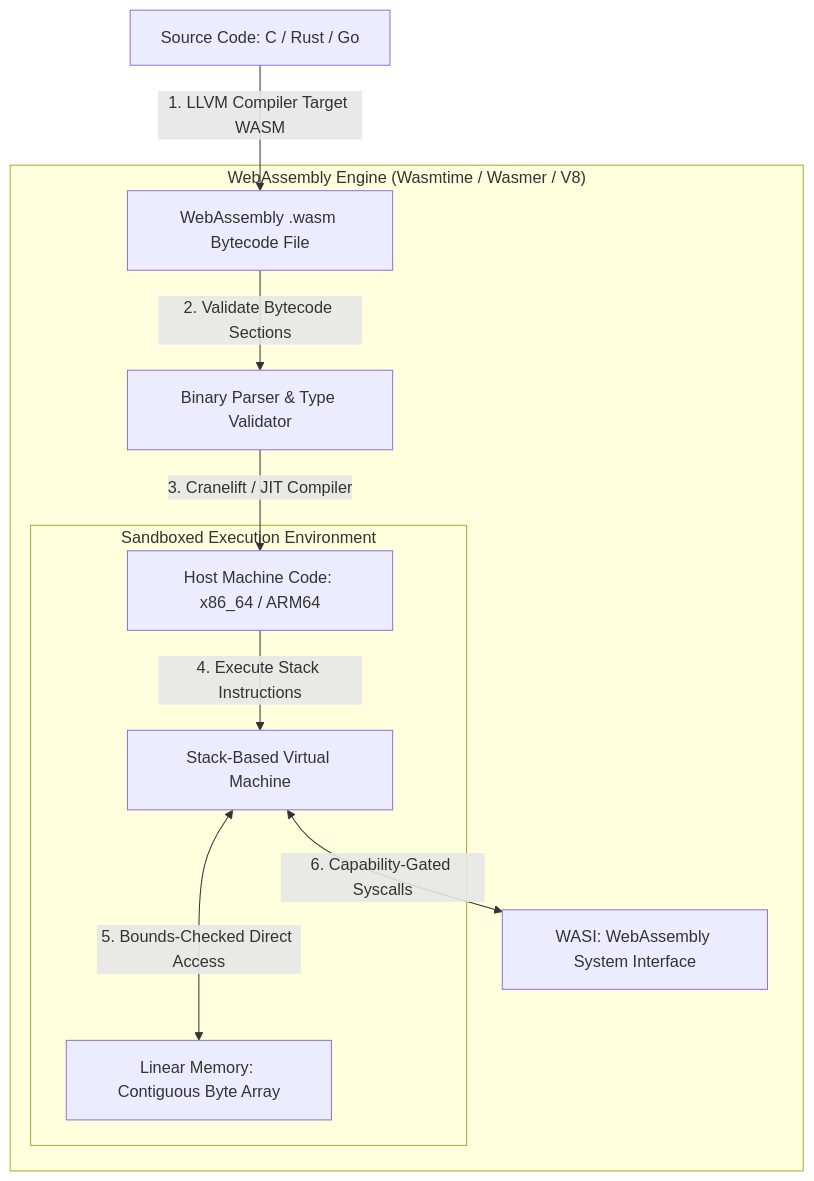
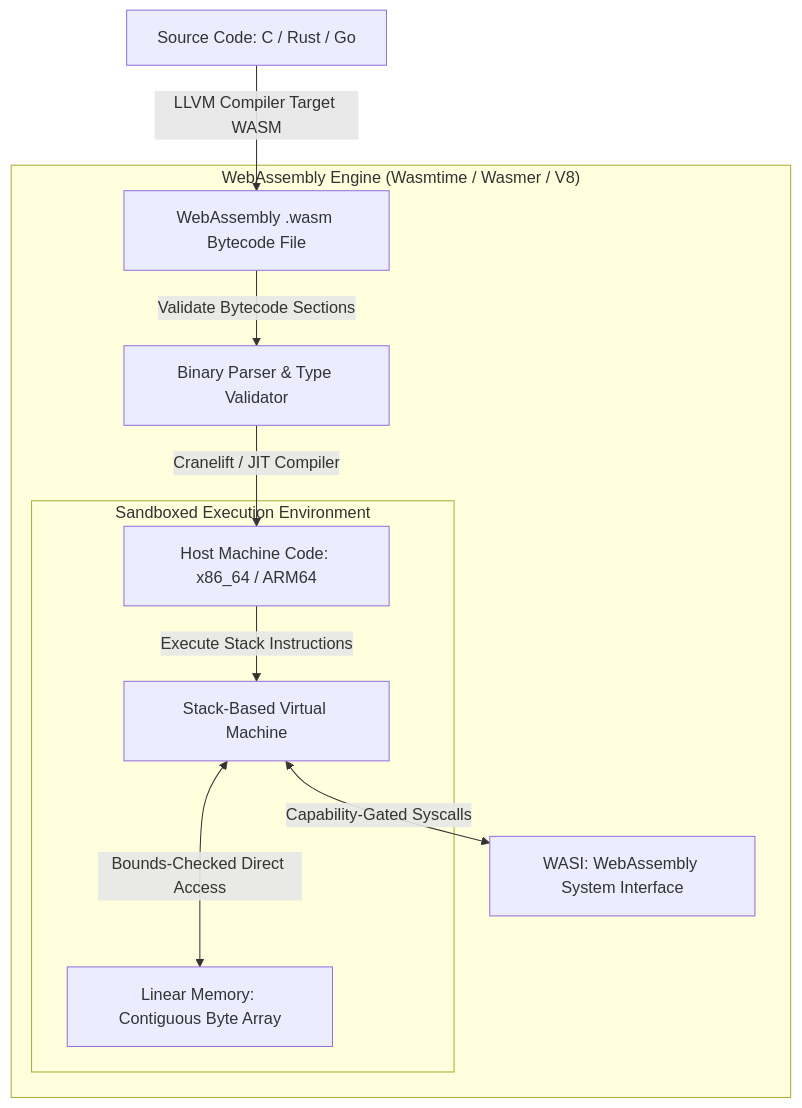
The diagram in blog/posts/webassembly-wasm-engine-architecture-bytecode-jit-compilation.md (akmalkhaniub/akmalkhaniub.github.io), drawn with Mermaid before and after one commit. The commit also changed 411 other files, not shown here.

````diff
--- a/blog/posts/webassembly-wasm-engine-architecture-bytecode-jit-compilation.md
+++ b/blog/posts/webassembly-wasm-engine-architecture-bytecode-jit-compilation.md
@@ -17,16 +17,16 @@
 ```mermaid
-graph TD
-  Source[Source Code: C / Rust / Go] -->|1. LLVM Compiler Target WASM| WasmBytecode[WebAssembly .wasm Bytecode File]
+flowchart TD
+  Source[Source Code: C / Rust / Go] -->|LLVM Compiler Target WASM| WasmBytecode[WebAssembly .wasm Bytecode File]
   
   subgraph SG1_WebassemblyEngineWasmtime ["WebAssembly Engine (Wasmtime / Wasmer / V8)"]
-    WasmBytecode -->|2. Validate Bytecode Sections| Decoder[Binary Parser & Type Validator]
-    Decoder -->|3. Cranelift / JIT Compiler| JIT[Host Machine Code: x86_64 / ARM64]
+    WasmBytecode -->|Validate Bytecode Sections| Decoder[Binary Parser & Type Validator]
+    Decoder -->|Cranelift / JIT Compiler| JIT[Host Machine Code: x86_64 / ARM64]
     
     subgraph SG2_SandboxedExecutionEnvironment ["Sandboxed Execution Environment"]
-      JIT -->|4. Execute Stack Instructions| StackVM[Stack-Based Virtual Machine]
-      StackVM <--->|5. Bounds-Checked Direct Access| LinearMem[Linear Memory: Contiguous Byte Array]
+      JIT -->|Execute Stack Instructions| StackVM[Stack-Based Virtual Machine]
+      StackVM <--->|Bounds-Checked Direct Access| LinearMem[Linear Memory: Contiguous Byte Array]
     end
     
-    StackVM <-->|6. Capability-Gated Syscalls| WASI[WASI: WebAssembly System Interface]
+    StackVM <-->|Capability-Gated Syscalls| WASI[WASI: WebAssembly System Interface]
   end
 ```
````
